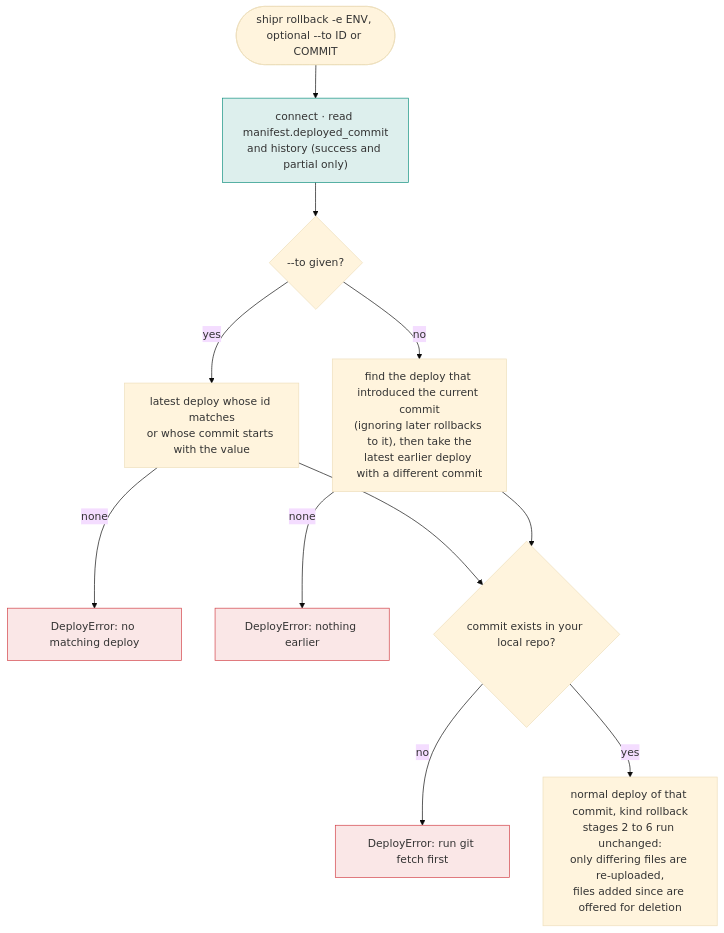
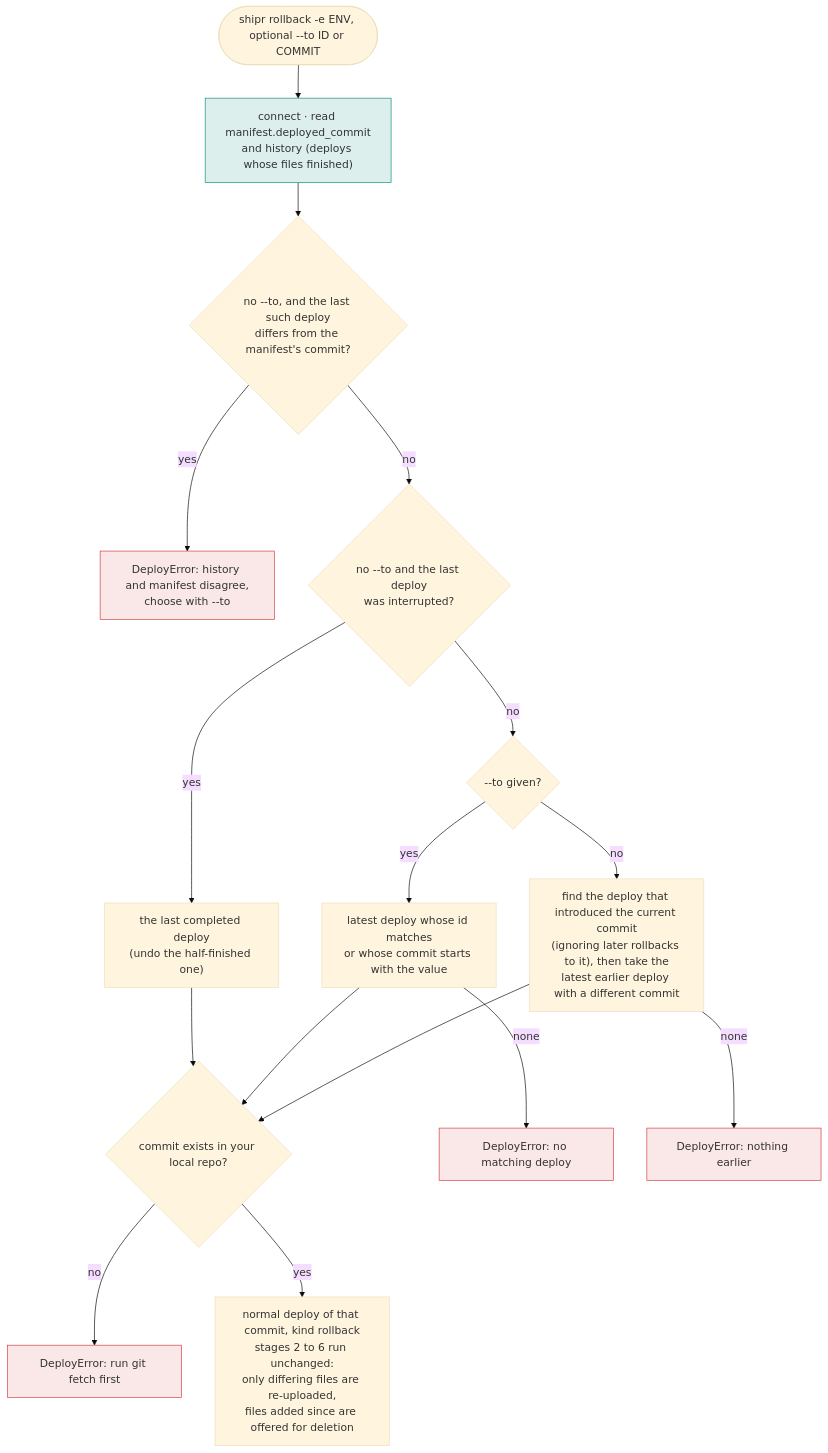
Diagram 13 of 14 in docs/FLOW.md (aayushdhimaann/shipr), drawn with Mermaid (base theme) before and after one commit. The commit also changed other lines of this file and 20 other files, not shown here.

````diff
--- a/docs/FLOW.md
+++ b/docs/FLOW.md
@@ -475,17 +479,22 @@
 ```mermaid
 flowchart TD
-  s(["shipr rollback -e ENV, optional --to ID or COMMIT"]) --> c["connect · read manifest.deployed_commit<br/>and history (success and partial only)"]
-  c --> t{"--to given?"}
+  s(["shipr rollback -e ENV, optional --to ID or COMMIT"]) --> c["connect · read manifest.deployed_commit<br/>and history (deploys whose files finished)"]
+  c --> ag{"no --to, and the last such deploy<br/>differs from the manifest's commit?"}
+  ag -- yes --> e0["DeployError: history and manifest disagree,<br/>choose with --to"]
+  ag -- no --> ip{"no --to and the last deploy<br/>was interrupted?"}
+  ip -- yes --> lc["the last completed deploy<br/>(undo the half-finished one)"]
+  lc --> h
+  ip -- no --> t{"--to given?"}
   t -- yes --> m["latest deploy whose id matches<br/>or whose commit starts with the value"]
   m -- none --> e1["DeployError: no matching deploy"]
   t -- no --> b["find the deploy that introduced the current commit<br/>(ignoring later rollbacks to it), then take the<br/>latest earlier deploy with a different commit"]
   b -- none --> e2["DeployError: nothing earlier"]
   m --> h{"commit exists in your local repo?"}
   b --> h
   h -- no --> e3["DeployError: run git fetch first"]
   h -- yes --> d["normal deploy of that commit, kind rollback<br/>stages 2 to 6 run unchanged:<br/>only differing files are re-uploaded,<br/>files added since are offered for deletion"]
   classDef err fill:#d23f4520,stroke:#d23f45
   classDef srv fill:#0e8f7f24,stroke:#0e8f7f
-  class e1,e2,e3 err
+  class e0,e1,e2,e3 err
   class c srv
 ```
````
